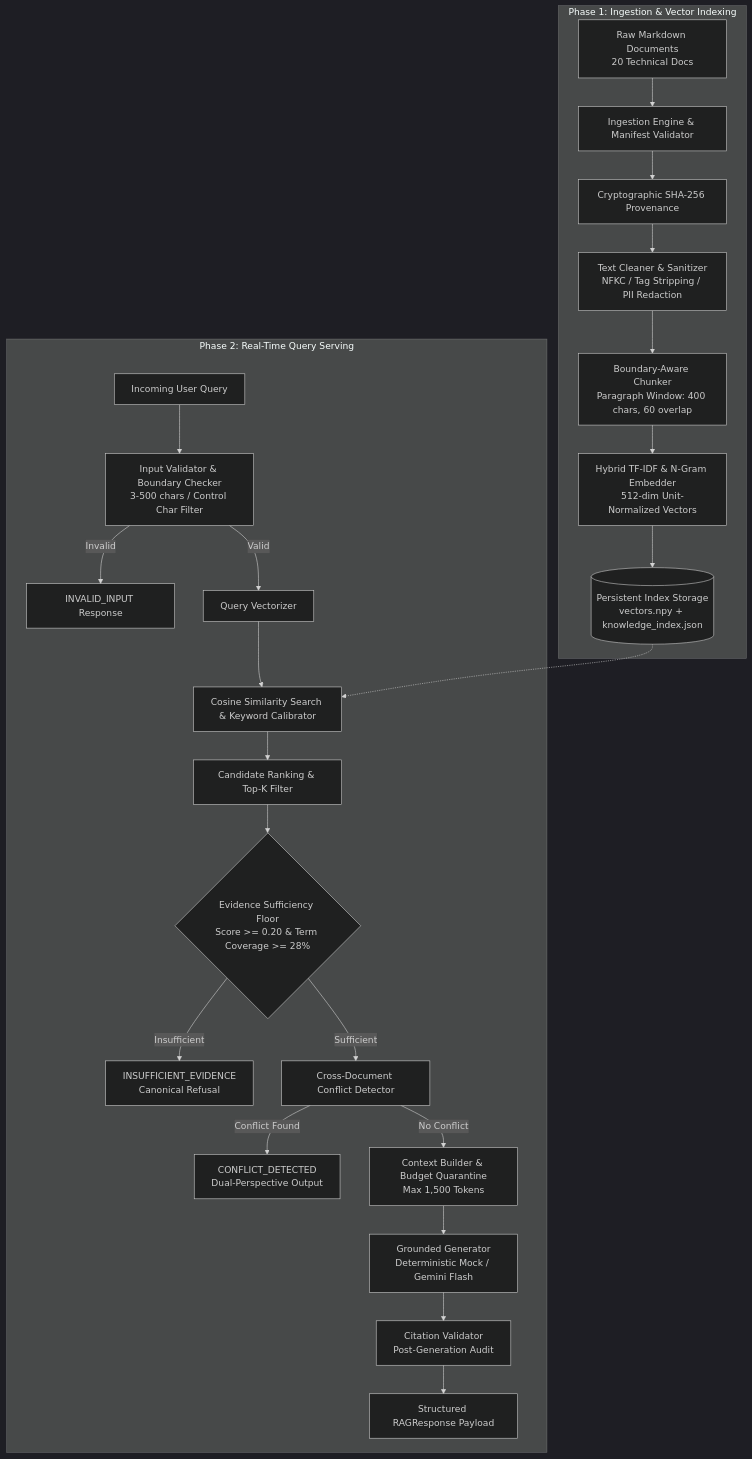
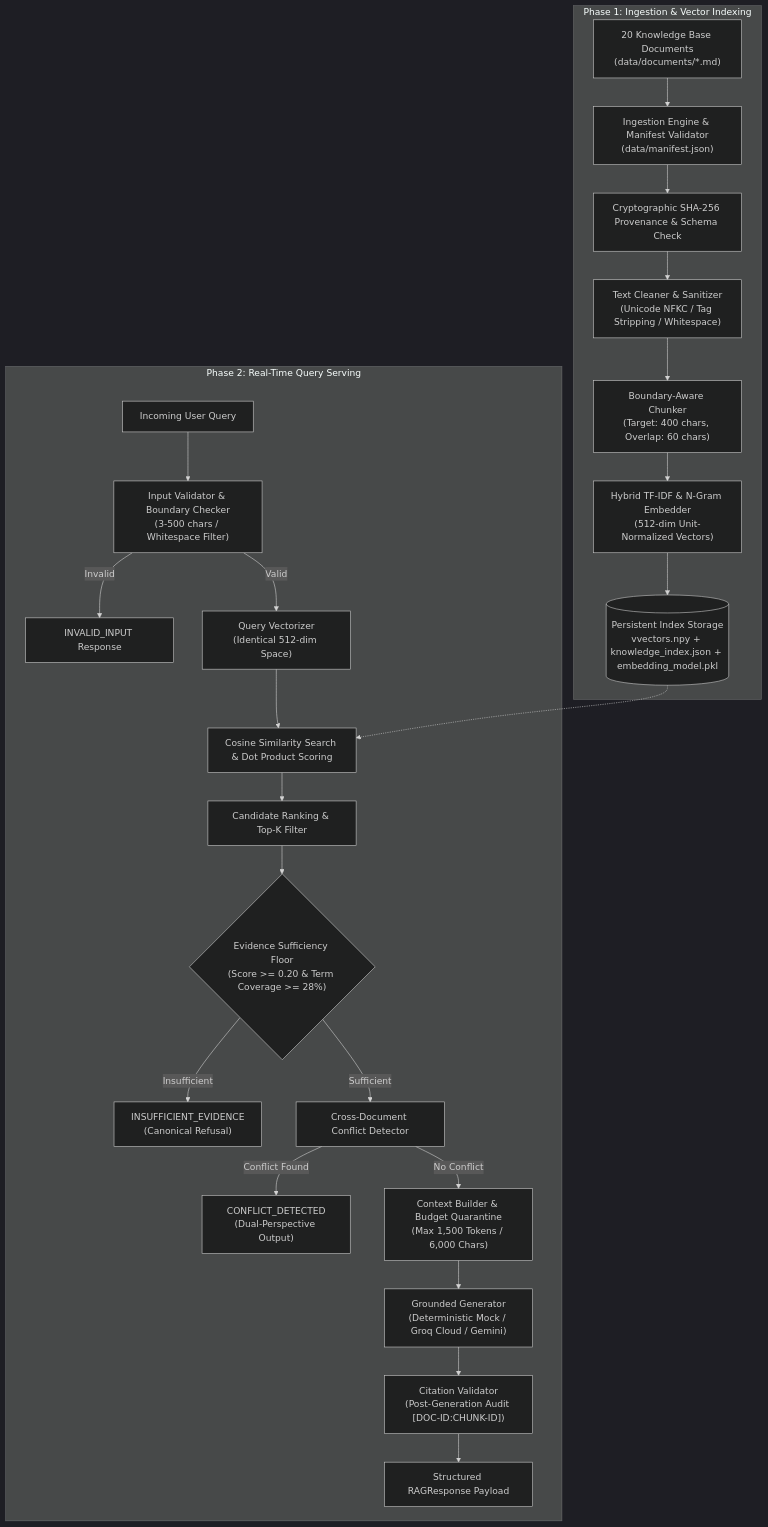
Before and after one commit to Rupam072006/evidence-grounded-rag: the diagram in ARCHITECTURE.md, drawn with Mermaid (dark theme). The commit also changed other lines of this file and 62 other files, not shown here.

First line of the commit message:
feat: complete Task 1 - 20 knowledge base docs + 5 project docs, 46 tests passing, 100% benchmark scores

````diff
--- a/ARCHITECTURE.md
+++ b/ARCHITECTURE.md
@@ -17,28 +17,28 @@
 ```mermaid
 flowchart TD
     subgraph Offline_Corpus_Preparation ["Phase 1: Ingestion & Vector Indexing"]
-        A[Raw Markdown Documents\n20 Technical Docs] --> B[Ingestion Engine & Manifest Validator]
-        B --> C[Cryptographic SHA-256 Provenance]
-        C --> D[Text Cleaner & Sanitizer\nNFKC / Tag Stripping / PII Redaction]
-        D --> E[Boundary-Aware Chunker\nParagraph Window: 400 chars, 60 overlap]
-        E --> F[Hybrid TF-IDF & N-Gram Embedder\n512-dim Unit-Normalized Vectors]
-        F --> G[(Persistent Index Storage\nvectors.npy + knowledge_index.json)]
+        A["20 Knowledge Base Documents\n(data/documents/*.md)"] --> B["Ingestion Engine & Manifest Validator\n(data/manifest.json)"]
+        B --> C["Cryptographic SHA-256 Provenance & Schema Check"]
+        C --> D["Text Cleaner & Sanitizer\n(Unicode NFKC / Tag Stripping / Whitespace)"]
+        D --> E["Boundary-Aware Chunker\n(Target: 400 chars, Overlap: 60 chars)"]
+        E --> F["Hybrid TF-IDF & N-Gram Embedder\n(512-dim Unit-Normalized Vectors)"]
+        F --> G[("Persistent Index Storage\nvvectors.npy + knowledge_index.json + embedding_model.pkl")]
     end
 
     subgraph Online_Query_Processing ["Phase 2: Real-Time Query Serving"]
-        Q[Incoming User Query] --> H[Input Validator & Boundary Checker\n3-500 chars / Control Char Filter]
-        H -->|Invalid| ERR[INVALID_INPUT Response]
-        H -->|Valid| I[Query Vectorizer]
-        I --> J[Cosine Similarity Search & Keyword Calibrator]
+        Q["Incoming User Query"] --> H["Input Validator & Boundary Checker\n(3-500 chars / Whitespace Filter)"]
+        H -->|Invalid| ERR["INVALID_INPUT Response"]
+        H -->|Valid| I["Query Vectorizer\n(Identical 512-dim Space)"]
+        I --> J["Cosine Similarity Search & Dot Product Scoring"]
         G -.-> J
-        J --> K[Candidate Ranking & Top-K Filter]
-        K --> L{Evidence Sufficiency Floor\nScore >= 0.20 & Term Coverage >= 28%}
-        L -->|Insufficient| REF[INSUFFICIENT_EVIDENCE\nCanonical Refusal]
-        L -->|Sufficient| M[Cross-Document Conflict Detector]
-        M -->|Conflict Found| CNF[CONFLICT_DETECTED\nDual-Perspective Output]
-        M -->|No Conflict| N[Context Builder & Budget Quarantine\nMax 1,500 Tokens]
-        N --> O[Grounded Generator\nDeterministic Mock / Gemini Flash]
-        O --> P[Citation Validator\nPost-Generation Audit]
-        P --> RES[Structured RAGResponse Payload]
+        J --> K["Candidate Ranking & Top-K Filter"]
+        K --> L{"Evidence Sufficiency Floor\n(Score >= 0.20 & Term Coverage >= 28%)"}
+        L -->|Insufficient| REF["INSUFFICIENT_EVIDENCE\n(Canonical Refusal)"]
+        L -->|Sufficient| M["Cross-Document Conflict Detector"]
+        M -->|Conflict Found| CNF["CONFLICT_DETECTED\n(Dual-Perspective Output)"]
+        M -->|No Conflict| N["Context Builder & Budget Quarantine\n(Max 1,500 Tokens / 6,000 Chars)"]
+        N --> O["Grounded Generator\n(Deterministic Mock / Groq Cloud / Gemini)"]
+        O --> P["Citation Validator\n(Post-Generation Audit [DOC-ID:CHUNK-ID])"]
+        P --> RES["Structured RAGResponse Payload"]
     end
 ```
````
